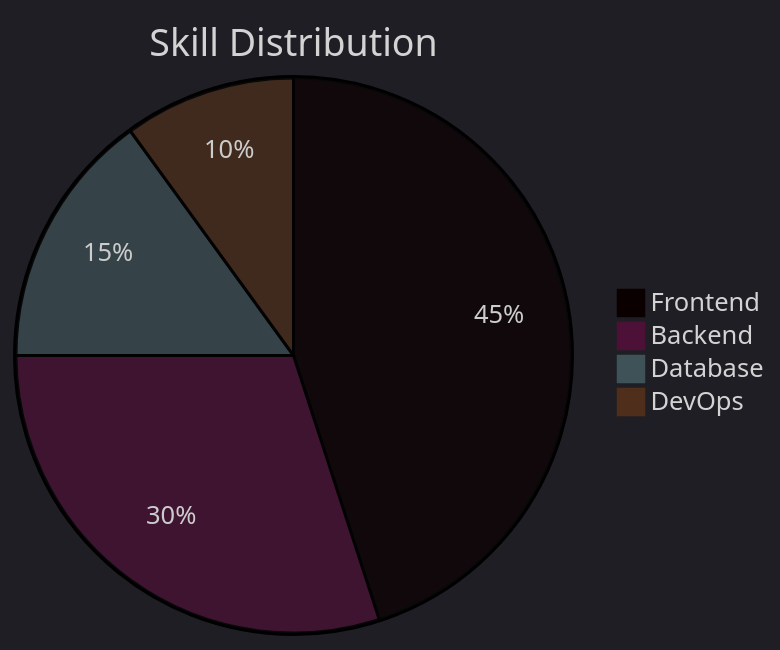
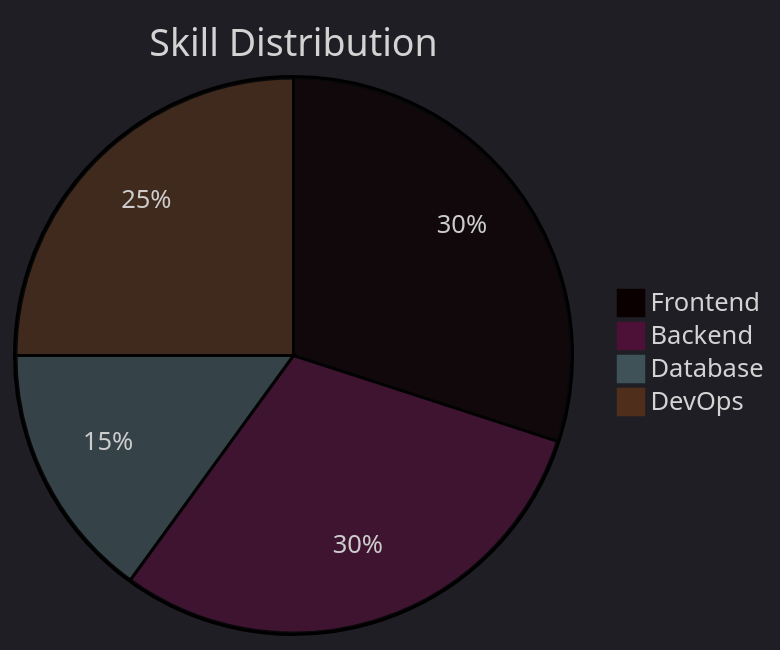
Before and after one commit to BilalEH/BilalEH: the diagram in README.md, drawn with Mermaid. The commit also changed other lines of this file, not shown here.

````diff
--- a/README.md
+++ b/README.md
@@ -57,9 +57,9 @@
 ```mermaid
 %%{init: {'theme':'dark', 'flowchart': {'curve':'linear'}}}%%
 pie
     title Skill Distribution
-    "Frontend" : 45
+    "Frontend" : 30
     "Backend" : 30
     "Database" : 15
-    "DevOps" : 10
+    "DevOps" : 25
 ```
````
